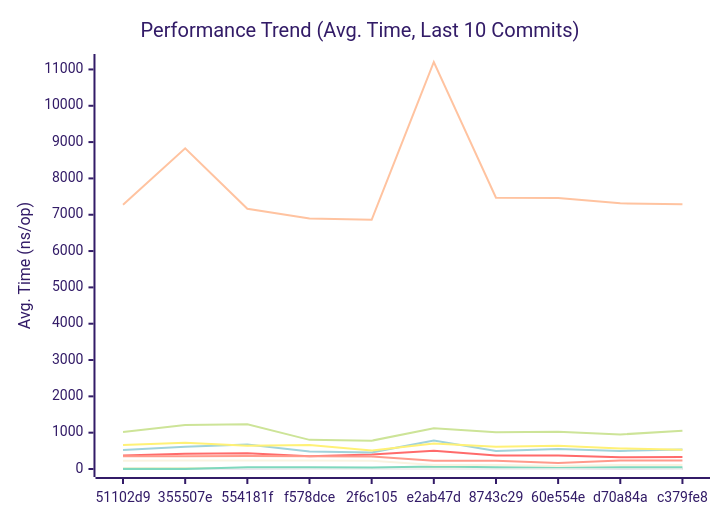
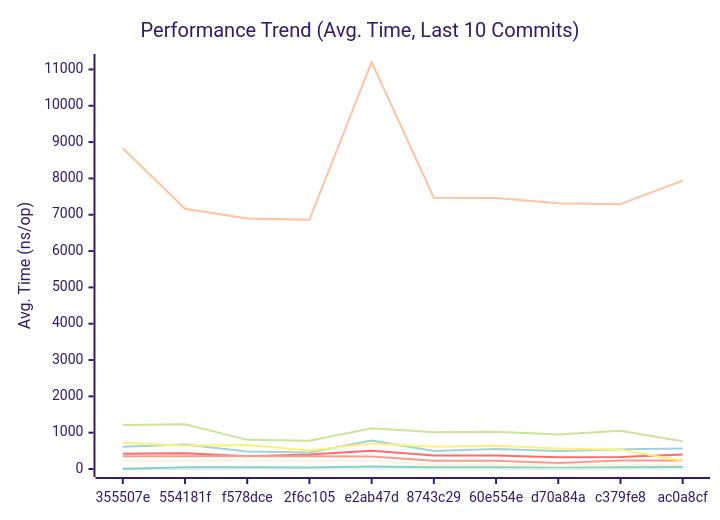
One commit to alsotoes/momo changed the first of 3 diagrams in docs/PERFORMANCE.md. Above: the diagram before and after it, drawn with Mermaid (forest theme). The commit also changed other lines of this file and 3 other files, not shown here.

First line of the commit message:
common: sanitize all control chars in SanitizeLog

````diff
--- a/docs/PERFORMANCE.md
+++ b/docs/PERFORMANCE.md
@@ -128,18 +128,18 @@
 ```mermaid
 xychart-beta
     title "Performance Trend (Avg. Time, Last 10 Commits)"
     x-axis "Commit"
     y-axis "Avg. Time (ns/op)"
-    x-axis [51102d9,355507e,554181f,f578dce,2f6c105,e2ab47d,8743c29,60e554e,d70a84a,c379fe8]
-    line "CheckMetricsAndSwap" [12,13,13,10,9,11,10,9,10,9]
-    line "CrushOptimized" [375,422,435,352,402,502,370,372,323,332]
-    line "CrushOriginal" [523,612,676,481,456,783,495,550,499,539]
-    line "IndexDirectTracking" [0,1,1,0,0,0,0,0,0,0]
-    line "IndexSearch" [4,3,4,3,3,3,3,3,4,3]
-    line "LoadGlobalConfig" [7276,8830,7163,6898,6860,11205,7469,7459,7314,7292]
-    line "PadString" [2,3,48,47,43,69,49,51,51,49]
+    x-axis [355507e,554181f,f578dce,2f6c105,e2ab47d,8743c29,60e554e,d70a84a,c379fe8,ac0a8cf]
+    line "CheckMetricsAndSwap" [13,13,10,9,11,10,9,10,9,8]
+    line "CrushOptimized" [422,435,352,402,502,370,372,323,332,396]
+    line "CrushOriginal" [612,676,481,456,783,495,550,499,539,566]
+    line "IndexDirectTracking" [1,1,0,0,0,0,0,0,0,0]
+    line "IndexSearch" [3,4,3,3,3,3,3,4,3,2]
+    line "LoadGlobalConfig" [8830,7163,6898,6860,11205,7469,7459,7314,7292,7939]
+    line "PadString" [3,48,47,43,69,49,51,51,49,57]
     line "ParseReplicationOrder_NoPrealloc" [350,349,357,354,345,225,229,165,232,234]
     line "ParseReplicationOrder_Prealloc" [229,231,237,234,229,108,107,80,110,109]
-    line "SanitizeLog/Safe" [663,724,642,658,507,704,615,640,566,529]
-    line "SanitizeLog/Unsafe" [1017,1209,1232,802,779,1122,1010,1023,951,1050]
+    line "SanitizeLog/Safe" [724,642,658,507,704,615,640,566,529,226]
+    line "SanitizeLog/Unsafe" [1209,1232,802,779,1122,1010,1023,951,1050,761]
 ```
````
